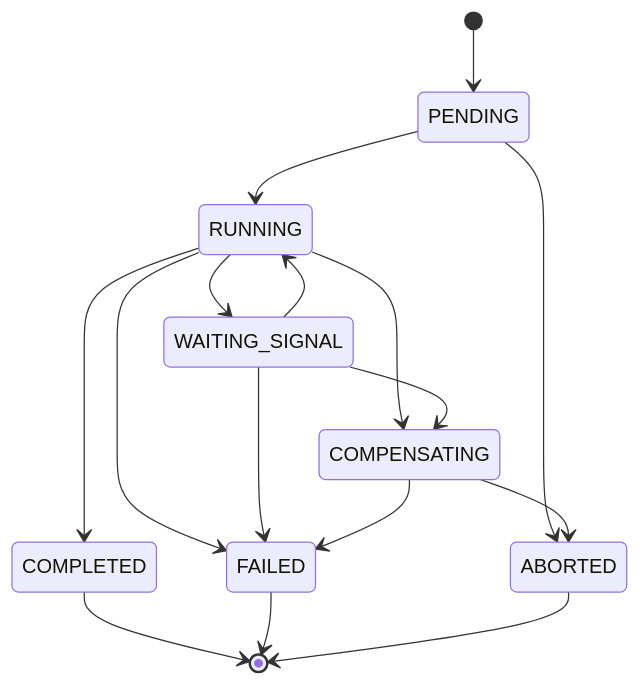
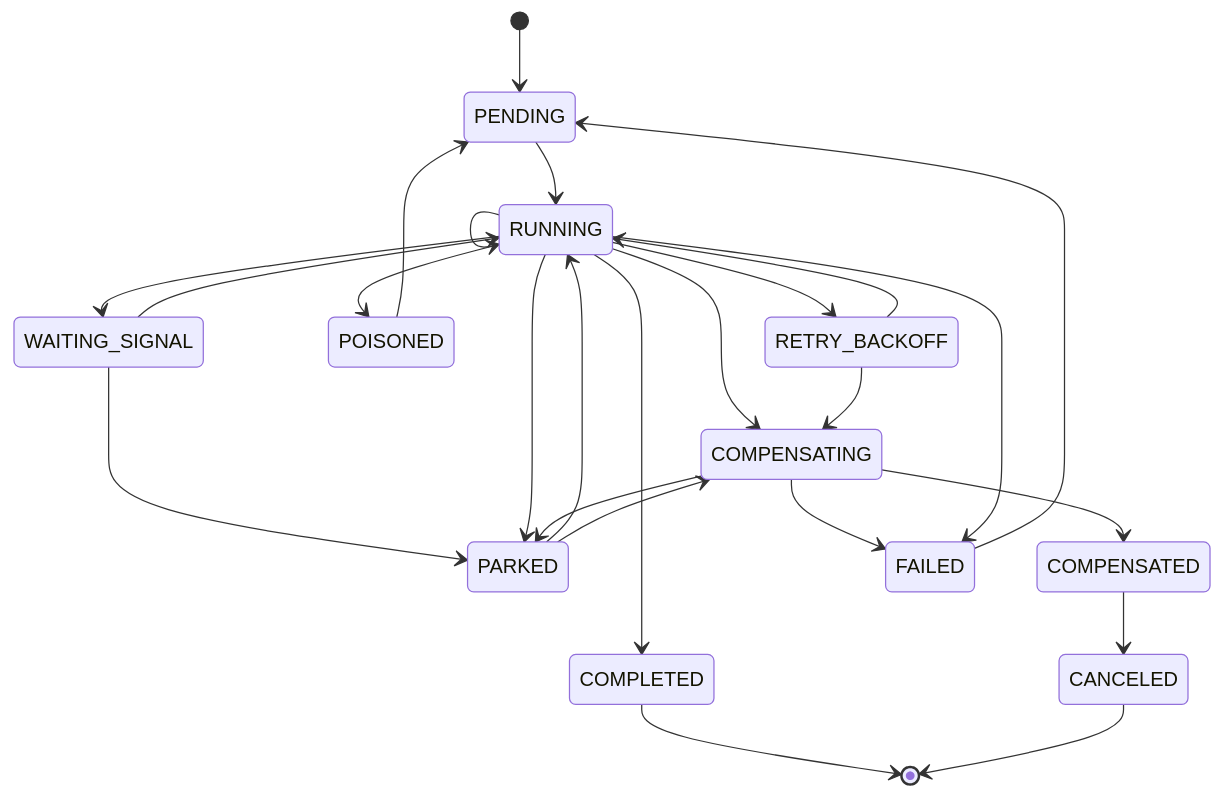
Before and after one commit to udaykishore-resu/payments-platform: the seventh of 14 diagrams in docs/state-machines.md, drawn with Mermaid. The commit also changed other lines of this file and 67 other files, not shown here.

````diff
--- a/docs/state-machines.md
+++ b/docs/state-machines.md
@@ -458,18 +602,27 @@
 ```mermaid
 stateDiagram-v2
     [*] --> PENDING
     PENDING --> RUNNING
-    PENDING --> ABORTED
+    RUNNING --> RUNNING
+    RUNNING --> RETRY_BACKOFF
+    RETRY_BACKOFF --> RUNNING
     RUNNING --> WAITING_SIGNAL
+    WAITING_SIGNAL --> RUNNING
+    WAITING_SIGNAL --> PARKED
+    PARKED --> RUNNING
+    PARKED --> COMPENSATING
+    RUNNING --> PARKED
+    RUNNING --> COMPENSATING
+    RETRY_BACKOFF --> COMPENSATING
+    COMPENSATING --> COMPENSATED
+    COMPENSATING --> FAILED
+    COMPENSATING --> PARKED
+    RUNNING --> FAILED
+    RUNNING --> POISONED
     RUNNING --> COMPLETED
-    RUNNING --> COMPENSATING
-    RUNNING --> FAILED
-    WAITING_SIGNAL --> RUNNING
-    WAITING_SIGNAL --> COMPENSATING
-    WAITING_SIGNAL --> FAILED
-    COMPENSATING --> ABORTED
-    COMPENSATING --> FAILED
+    COMPENSATED --> CANCELED
+    POISONED --> PENDING
+    FAILED --> PENDING
     COMPLETED --> [*]
-    FAILED --> [*]
-    ABORTED --> [*]
+    CANCELED --> [*]
 ```
````
